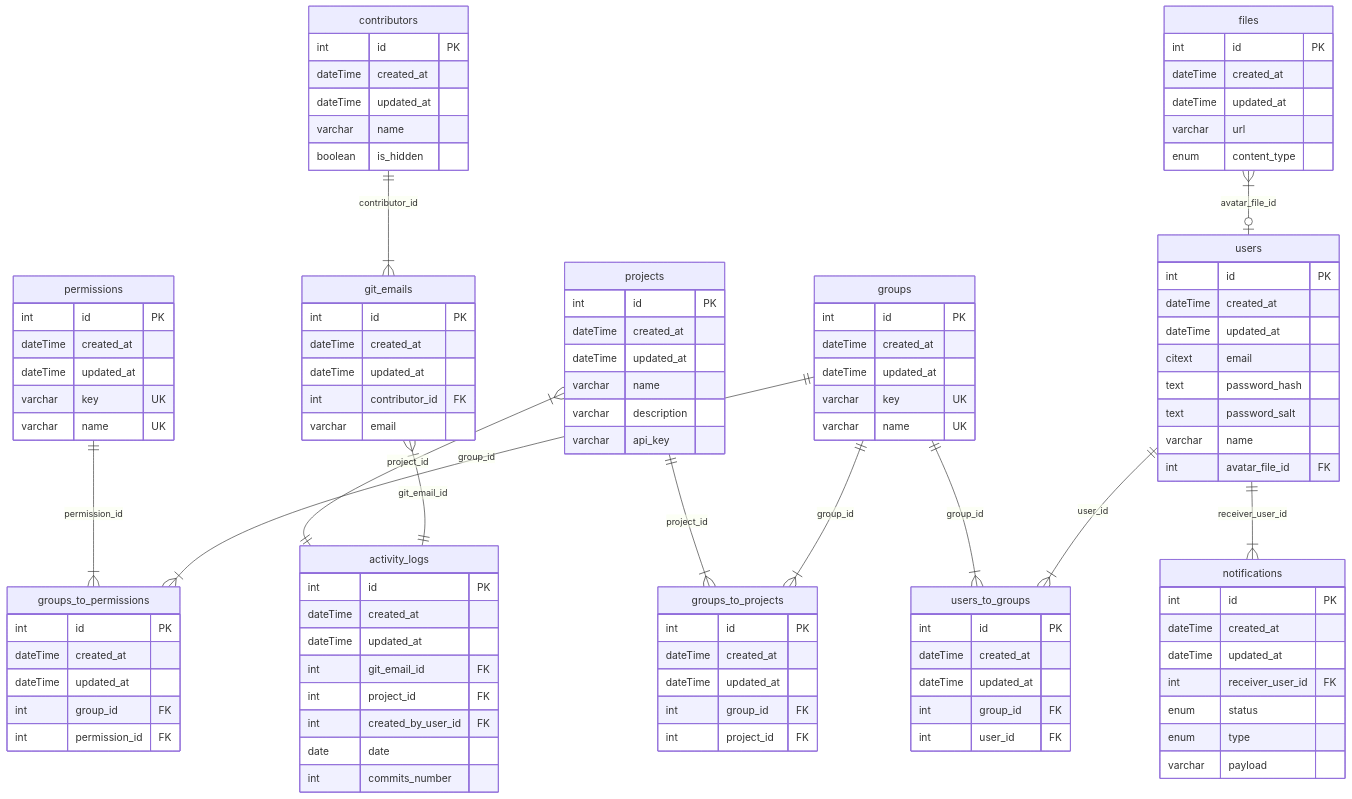
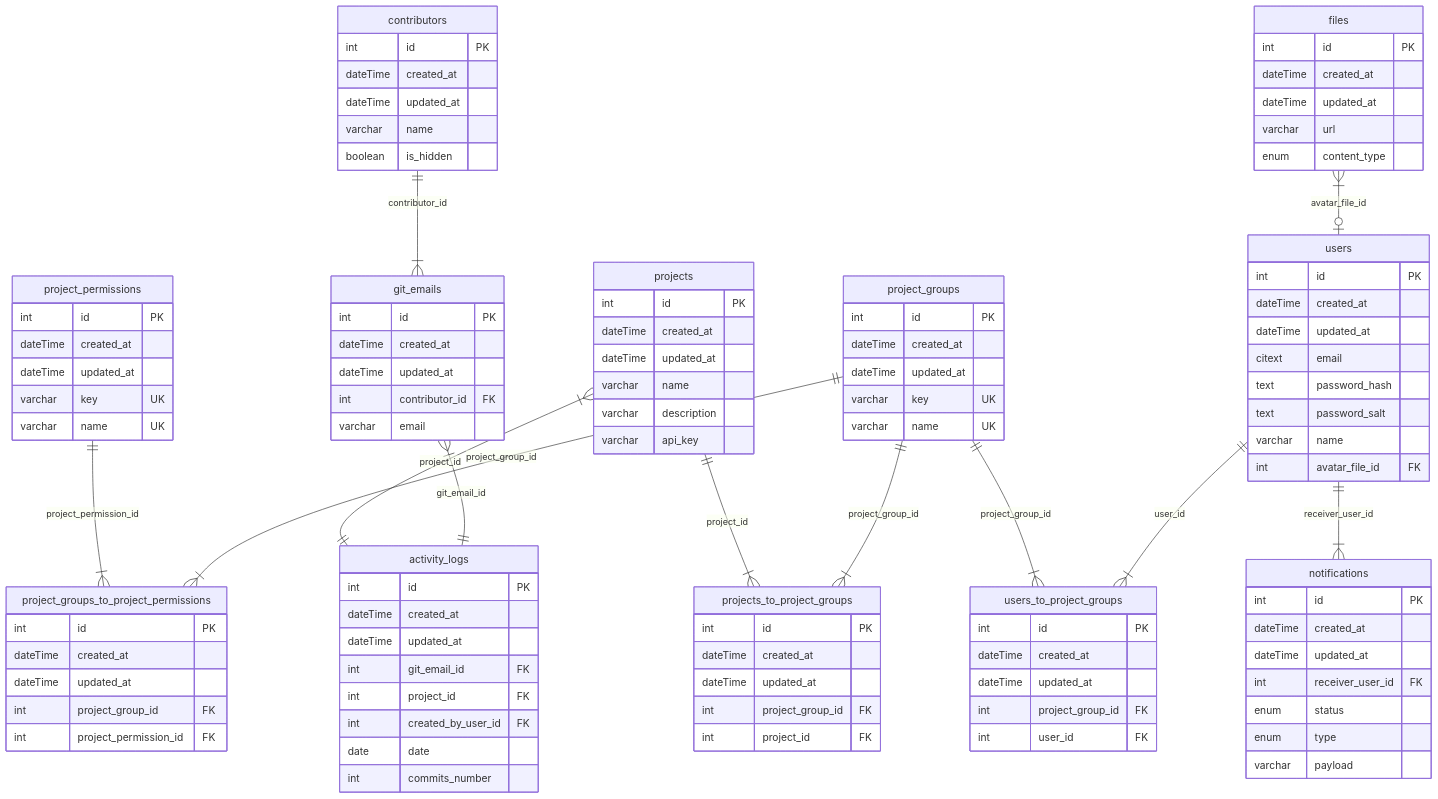
The diagram in readme.md (BinaryStudioAcademy/bsa-2024-gitfit), drawn with Mermaid before and after one commit.

Commit message:
feat: add new tables to the db schema in readme gf-71

```diff
--- a/readme.md
+++ b/readme.md
@@ -34,7 +34,7 @@
       int avatar_file_id FK
    }
 
-   groups {
+   project_groups {
       int id PK
       dateTime created_at
       dateTime updated_at
@@ -42,15 +42,15 @@
       varchar name UK
    }
 
-   users_to_groups {
+   users_to_project_groups {
       int id PK
       dateTime created_at
       dateTime updated_at
-      int group_id FK
+      int project_group_id FK
       int user_id FK
    }
 
-   permissions {
+    project_permissions {
       int id PK
       dateTime created_at
       dateTime updated_at
@@ -58,12 +58,12 @@
       varchar name UK
    }
 
-   groups_to_permissions {
+   project_groups_to_project_permissions {
       int id PK
       dateTime created_at
       dateTime updated_at
-      int group_id FK
-      int permission_id FK
+      int project_group_id FK
+      int project_permission_id FK
    }
 
    projects {
@@ -75,11 +75,11 @@
       varchar api_key
    }
 
-   groups_to_projects {
+   projects_to_project_groups {
       int id PK
       dateTime created_at
       dateTime updated_at
-      int group_id FK
+      int project_group_id FK
       int project_id FK
    }
 
@@ -130,14 +130,14 @@
 
    files }|--|o users : avatar_file_id
 
-   groups ||--|{ groups_to_permissions : group_id
-   permissions ||--|{ groups_to_permissions : permission_id
+   project_groups ||--|{ project_groups_to_project_permissions : project_group_id
+   project_permissions ||--|{ project_groups_to_project_permissions : project_permission_id
 
-   groups ||--|{ groups_to_projects : group_id
-   projects ||--|{ groups_to_projects : project_id
+   project_groups ||--|{ projects_to_project_groups : project_group_id
+   projects ||--|{ projects_to_project_groups : project_id
 
-   users ||--|{ users_to_groups : user_id
-   groups ||--|{ users_to_groups : group_id
+   users ||--|{ users_to_project_groups : user_id
+   project_groups ||--|{ users_to_project_groups : project_group_id
 
    contributors ||--|{ git_emails : contributor_id
 
```
